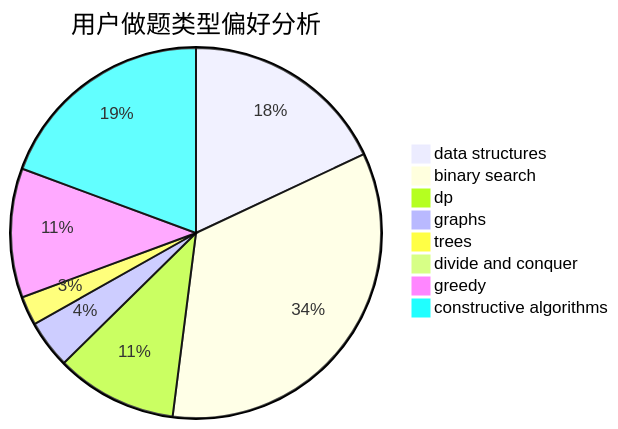
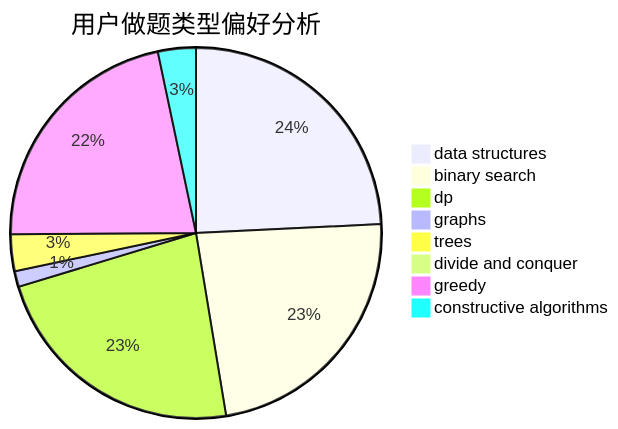
One commit to sherpahu/cfrs.github.io changed the second of 3 diagrams in docs/user/u1284.md. Above: the diagram before and after it, drawn with Mermaid. The commit also changed other lines of this file and 2770 other files, not shown here.

````diff
--- a/docs/user/u1284.md
+++ b/docs/user/u1284.md
@@ -23,11 +23,11 @@
 ```mermaid
 pie title 用户做题类型偏好分析
-    "data structures" :  107
-    "binary search" :  202
-    "dp" :  63
-    "graphs" :  25
-    "trees" :  15
-    "divide and conquer" :  3
-    "greedy" :  67
-    "constructive algorithms" :  115
+    "data structures" :  498
+    "binary search" :  476
+    "dp" :  471
+    "graphs" :  28
+    "trees" :  66
+    "divide and conquer" :  10
+    "greedy" :  448
+    "constructive algorithms" :  68
 ```
````
